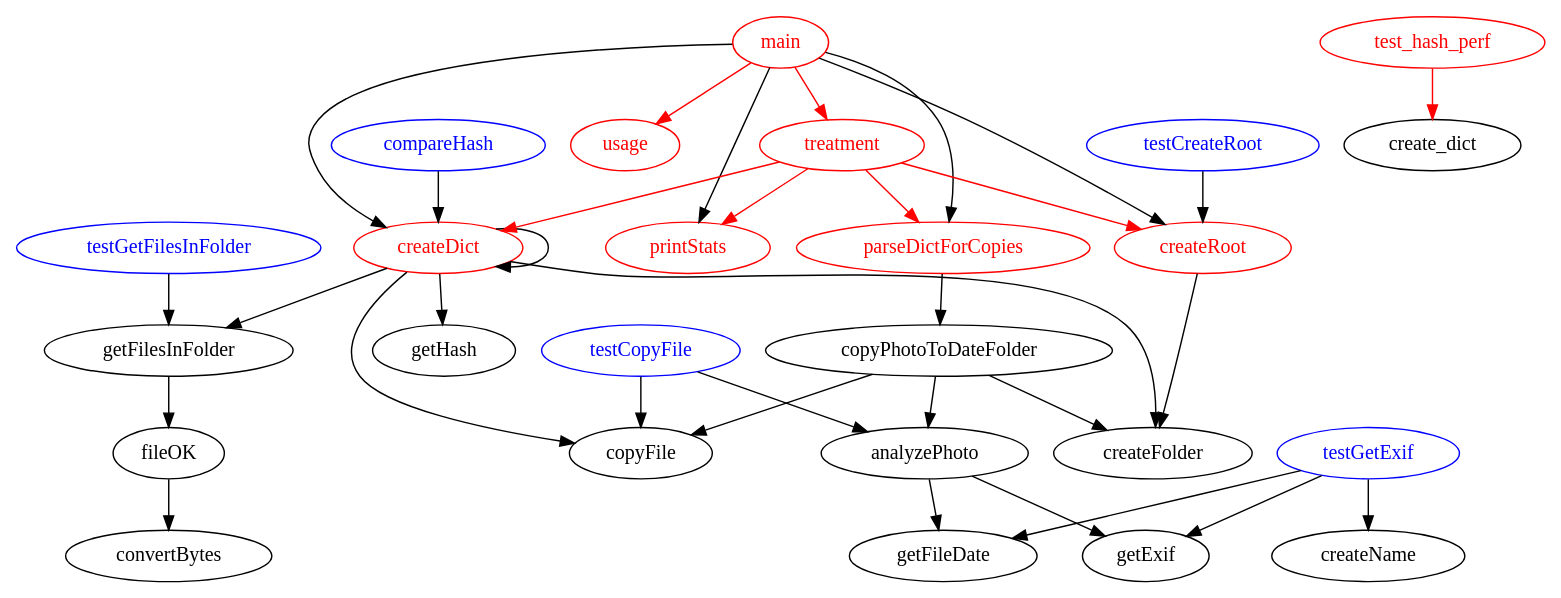
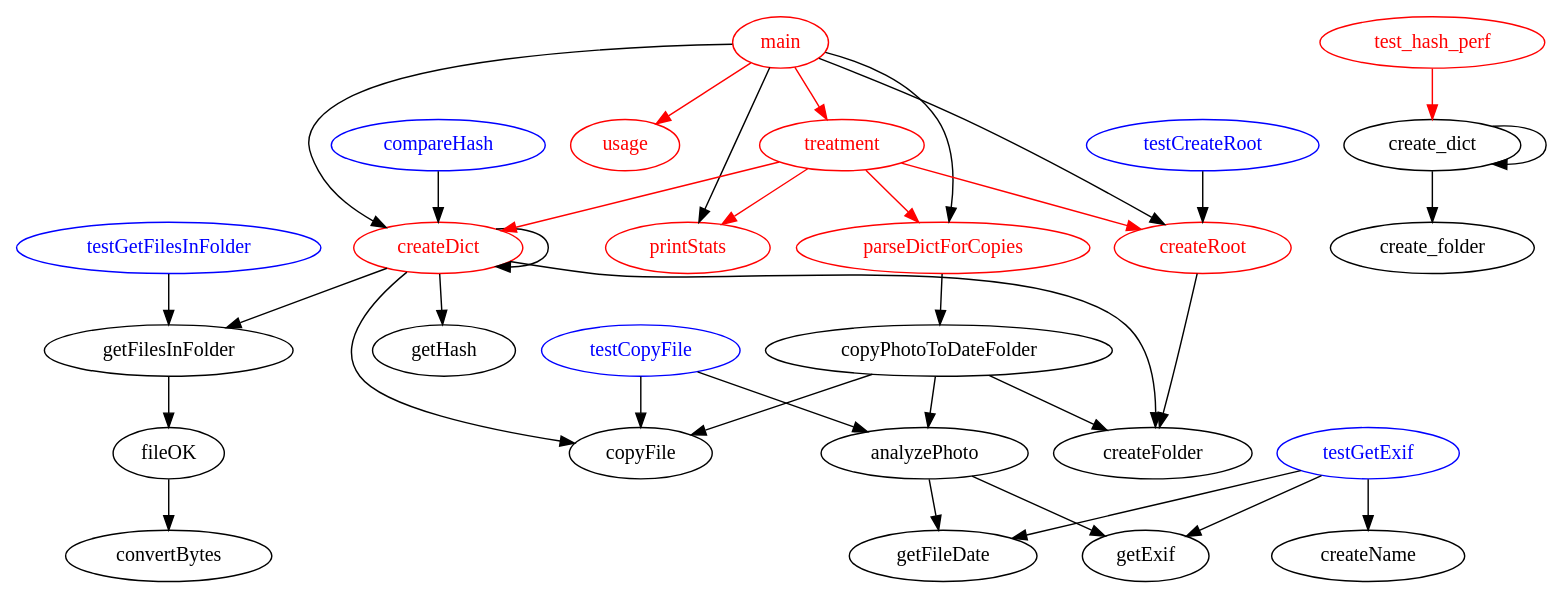
The diagram in sorter.dot (orey/sorter), drawn with Graphviz before and after one commit. The commit also changed 1 other file, not shown here.

```diff
--- a/sorter.dot
+++ b/sorter.dot
@@ -1,75 +1,77 @@
 digraph {
 //rankdir="TB";
 main -> createDict
 main -> parseDictForCopies
 main -> printStats
 main -> createRoot
 
 compareHash [color="blue", fontcolor="blue"]
 compareHash -> createDict
 
 parseDictForCopies -> copyPhotoToDateFolder
 copyPhotoToDateFolder -> createFolder
 copyPhotoToDateFolder -> copyFile
 copyPhotoToDateFolder -> analyzePhoto
 
 createDict -> getFilesInFolder
 createDict -> getHash
 createDict -> createFolder
 createDict -> copyFile
 createDict -> createDict
 
 testGetFilesInFolder [color="blue", fontcolor="blue"]
 testGetFilesInFolder -> getFilesInFolder
 getFilesInFolder -> fileOK
 fileOK -> convertBytes
 
 testGetExif [color="blue", fontcolor="blue"]
 testGetExif -> getFileDate
 testGetExif -> getExif
 testGetExif -> createName
 
 testCreateRoot [color="blue", fontcolor="blue"]
 testCreateRoot -> createRoot
 createRoot -> createFolder
 
 testCopyFile [color="blue", fontcolor="blue"]
 testCopyFile -> copyFile
 testCopyFile -> analyzePhoto
 
 analyzePhoto -> getExif
 analyzePhoto -> getFileDate
 
 //new
 main [color="red", fontcolor="red"]
 main -> treatment [color="red"]
 
 usage [color="red", fontcolor="red"]
 main -> usage [color="red"]
 
 treatment [color="red", fontcolor="red"]
 treatment -> createRoot [color="red"]
 createRoot [color="red", fontcolor="red"]
 
 treatment -> createDict [color="red"]
 createDict [color="red", fontcolor="red"]
 
 parseDictForCopies [color="red", fontcolor="red"]
 treatment -> parseDictForCopies [color="red"]
 
 printStats [color="red", fontcolor="red"]
 treatment -> printStats [color="red"]
 
 test_hash_perf [color="red", fontcolor="red"]
 test_hash_perf -> create_dict [color="red"]
 
+create_dict -> create_folder
+create_dict -> 
 create_dict
 
 
 
 //root [label="Rtot\n Jeure", shape="box", color="blue", fontcolor="blue"];
 //cfo [label="Roup CFO\n TBN", shape="box", color="blue", fontcolor="blue"];
 //root -> cfo [arrowhead = "none"];
 //ApplicationService -> BusinessProcess [label="USED_BY_1"];
 //ApplicationInterface -> BusinessRole  [label="USED_BY_2"];
 }
```
